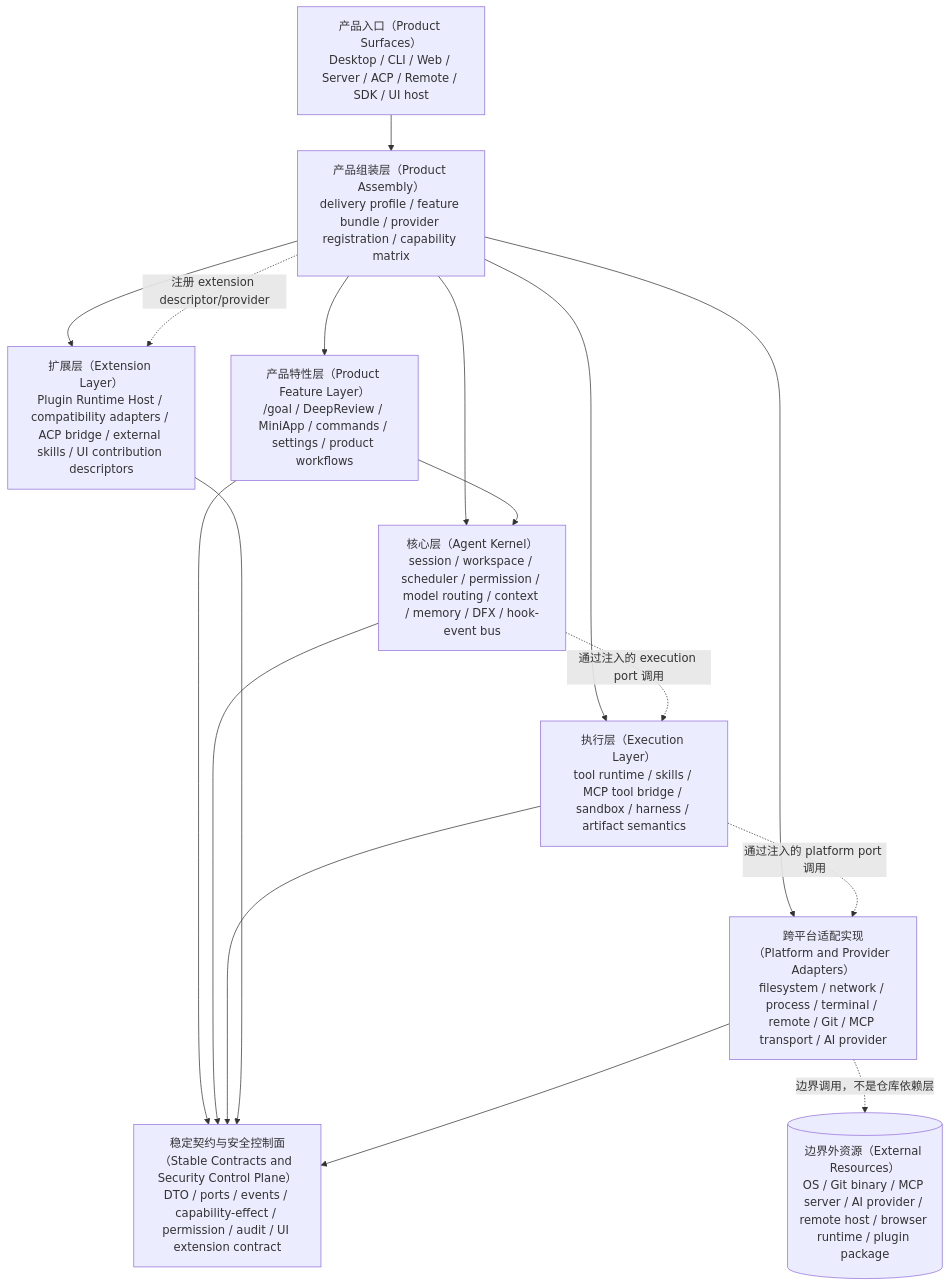
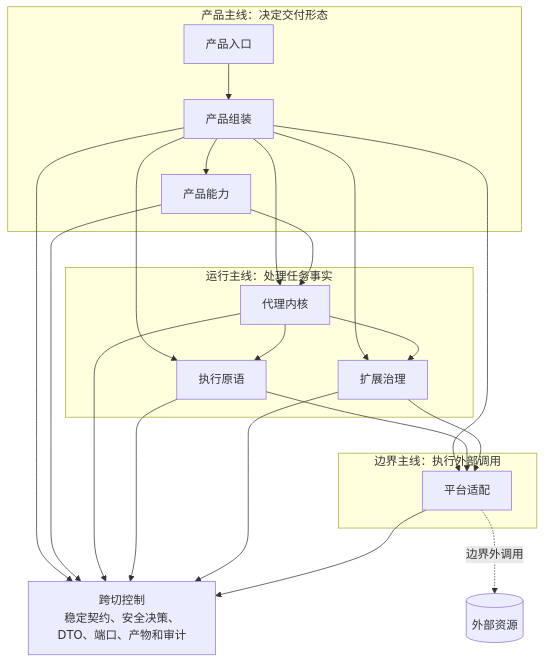
The diagram in docs/architecture/product-architecture.md (1688mengdie/BitFun), drawn with Mermaid before and after one commit. The commit also changed other lines of this file and 3 other files, not shown here.

Commit message:
docs(architecture): clarify product runtime architecture

````diff
--- a/docs/architecture/product-architecture.md
+++ b/docs/architecture/product-architecture.md
@@ -277,29 +30,41 @@
 ```mermaid
 flowchart TB
-  Surface["产品入口（Product Surfaces）<br/>Desktop / CLI / Web / Server / ACP / Remote / SDK / UI host"]
-  Assembly["产品组装层（Product Assembly）<br/>delivery profile / feature bundle / provider registration / capability matrix"]
-  Feature["产品特性层（Product Feature Layer）<br/>/goal / DeepReview / MiniApp / commands / settings / product workflows"]
-  Kernel["核心层（Agent Kernel）<br/>session / workspace / scheduler / permission / model routing / context / memory / DFX / hook-event bus"]
-  Execution["执行层（Execution Layer）<br/>tool runtime / skills / MCP tool bridge / sandbox / harness / artifact semantics"]
-  Extension["扩展层（Extension Layer）<br/>Plugin Runtime Host / compatibility adapters / ACP bridge / external skills / UI contribution descriptors"]
-  Platform["跨平台适配实现（Platform and Provider Adapters）<br/>filesystem / network / process / terminal / remote / Git / MCP transport / AI provider"]
-  Contracts["稳定契约与安全控制面（Stable Contracts and Security Control Plane）<br/>DTO / ports / events / capability-effect / permission / audit / UI extension contract"]
-  External[("边界外资源（External Resources）<br/>OS / Git binary / MCP server / AI provider / remote host / browser runtime / plugin package")]
+  subgraph Product["产品主线：决定交付形态"]
+    Surface["产品入口"]
+    Assembly["产品组装"]
+    Capability["产品能力"]
+  end
+
+  subgraph Runtime["运行主线：处理任务事实"]
+    Kernel["代理内核"]
+    Execution["执行原语"]
+    Extension["扩展治理"]
+  end
+
+  Guard["跨切控制\n稳定契约、安全决策、DTO、端口、产物和审计"]
+
+  subgraph Boundary["边界主线：执行外部调用"]
+    Adapter["平台适配"]
+  end
+
+  External[("外部资源")]
 
   Surface --> Assembly
-  Assembly --> Feature
+  Assembly --> Capability
   Assembly --> Kernel
   Assembly --> Execution
   Assembly --> Extension
-  Assembly --> Platform
-  Feature --> Kernel
-  Feature --> Contracts
-  Kernel --> Contracts
-  Execution --> Contracts
-  Extension --> Contracts
-  Platform --> Contracts
-  Kernel -. "通过注入的 execution port 调用" .-> Execution
-  Execution -. "通过注入的 platform port 调用" .-> Platform
-  Assembly -. "注册 extension descriptor/provider" .-> Extension
-  Platform -. "边界调用，不是仓库依赖层" .-> External
+  Assembly --> Adapter
+  Capability --> Kernel
+  Kernel --> Execution
+  Kernel --> Extension
+  Execution --> Adapter
+  Extension --> Adapter
+  Assembly --> Guard
+  Capability --> Guard
+  Kernel --> Guard
+  Execution --> Guard
+  Extension --> Guard
+  Adapter --> Guard
+  Adapter -. "边界外调用" .-> External
 ```
````
